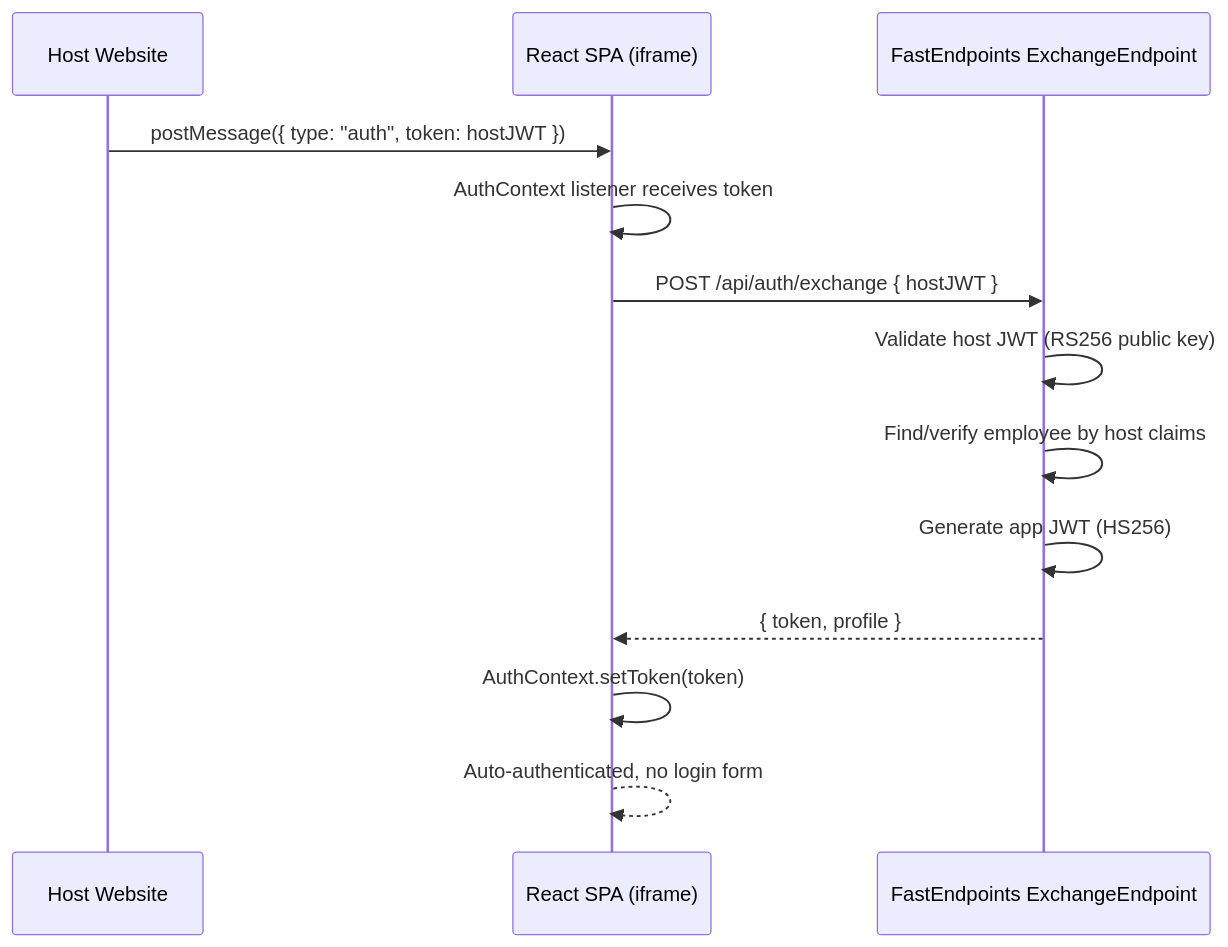
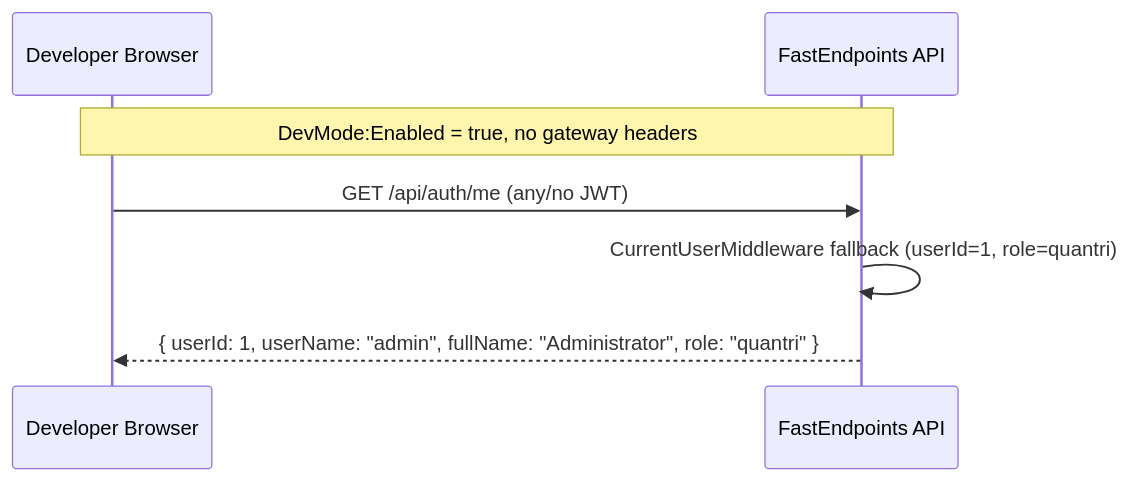
Before and after one commit to Ali-AnNT/qlnp-ttcds: the fifth of 7 diagrams in docs/system-architecture.md, drawn with Mermaid. The commit also changed other lines of this file and 60 other files, not shown here.

First line of the commit message:
feat: migrate from Supabase to .NET 9 + EF Core + FastEndpoints

````diff
--- a/docs/system-architecture.md
+++ b/docs/system-architecture.md
@@ -237,16 +234,10 @@
 ```mermaid
 sequenceDiagram
-    participant Host as Host Website
-    participant R as React SPA (iframe)
-    participant FE as FastEndpoints ExchangeEndpoint
+    participant Dev as Developer Browser
+    participant API as FastEndpoints API
 
-    Host->>R: postMessage({ type: "auth", token: hostJWT })
-    R->>R: AuthContext listener receives token
-    R->>FE: POST /api/auth/exchange { hostJWT }
-    FE->>FE: Validate host JWT (RS256 public key)
-    FE->>FE: Find/verify employee by host claims
-    FE->>FE: Generate app JWT (HS256)
-    FE-->>R: { token, profile }
-    R->>R: AuthContext.setToken(token)
-    R-->>R: Auto-authenticated, no login form
+    Note over Dev,API: DevMode:Enabled = true, no gateway headers
+    Dev->>API: GET /api/auth/me (any/no JWT)
+    API->>API: CurrentUserMiddleware fallback (userId=1, role=quantri)
+    API-->>Dev: { userId: 1, userName: "admin", fullName: "Administrator", role: "quantri" }
 ```
````
